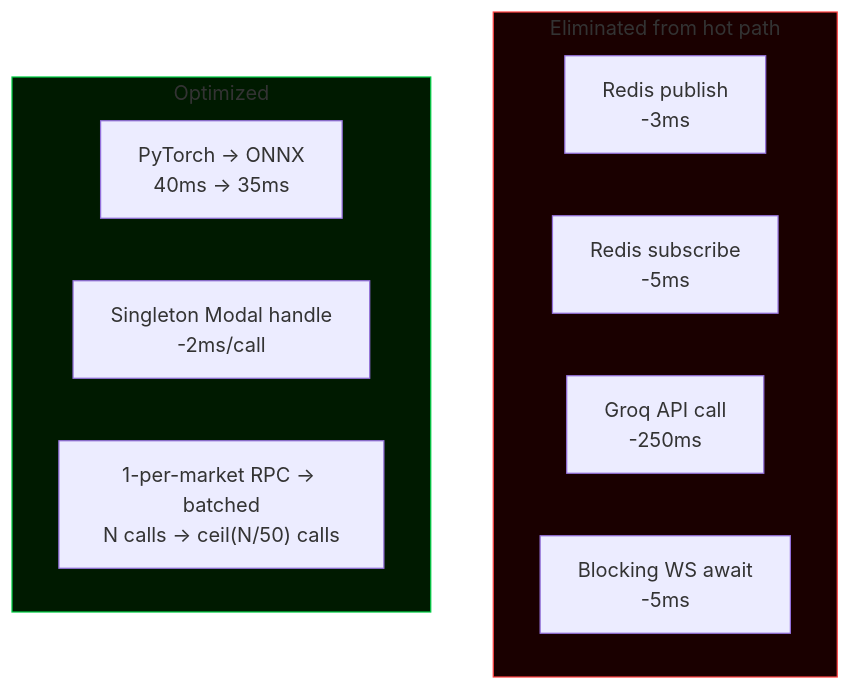
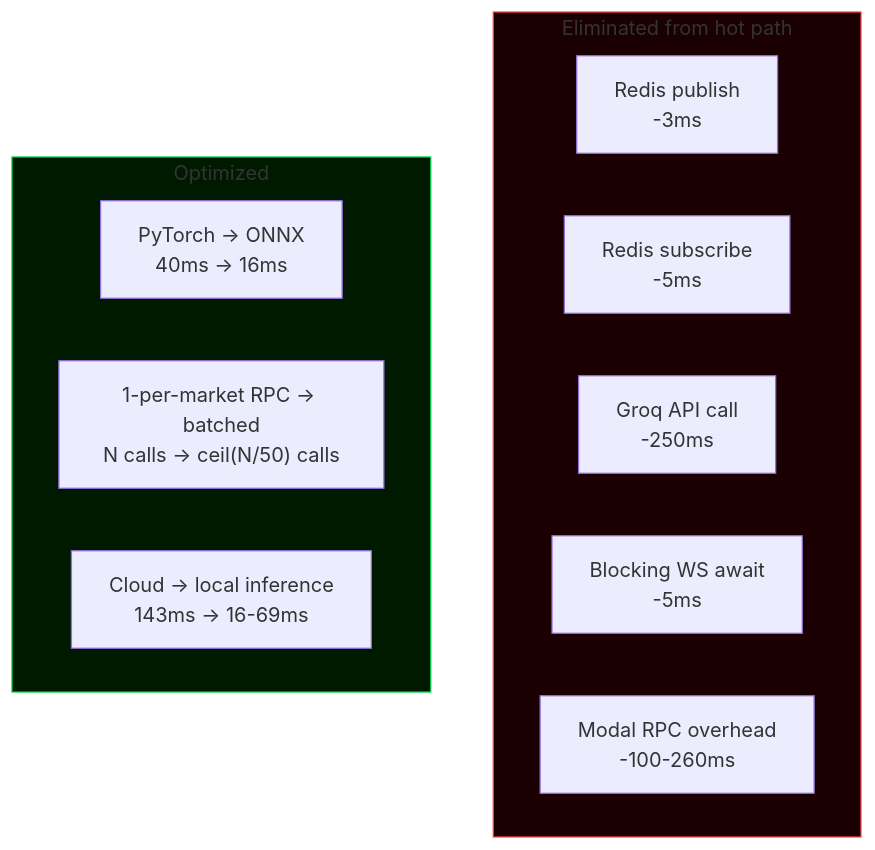
One commit to ArslanKamchybekov/trademaxxer changed the fifth of 16 diagrams in ARCHITECTURE.md. Above: the diagram before and after it, drawn with Mermaid. The commit also changed other lines of this file and 7 other files, not shown here.

Commit message:
feat(inference): implement local ONNX inference to eliminate Modal RPC overhead, achieving end-to-end latency of 16–69ms; update architecture documentation and performance metrics in README and DEVLOG to reflect significant improvements in processing speed and efficiency

````diff
--- a/ARCHITECTURE.md
+++ b/ARCHITECTURE.md
@@ -82,18 +99,19 @@
 ```mermaid
 graph TD
     subgraph KILLED["Eliminated from hot path"]
         R1["Redis publish<br/>-3ms"]
         R2["Redis subscribe<br/>-5ms"]
         GR["Groq API call<br/>-250ms"]
         BL["Blocking WS await<br/>-5ms"]
+        MR["Modal RPC overhead<br/>-100-260ms"]
     end
 
     subgraph OPTIMIZED["Optimized"]
-        PT["PyTorch → ONNX<br/>40ms → 35ms"]
-        SG["Singleton Modal handle<br/>-2ms/call"]
+        PT["PyTorch → ONNX<br/>40ms → 16ms"]
         BA["1-per-market RPC → batched<br/>N calls → ceil(N/50) calls"]
+        LC["Cloud → local inference<br/>143ms → 16-69ms"]
     end
 
     style KILLED fill:#1a0000,stroke:#ff4444
     style OPTIMIZED fill:#001a00,stroke:#00cc44
 ```
````
